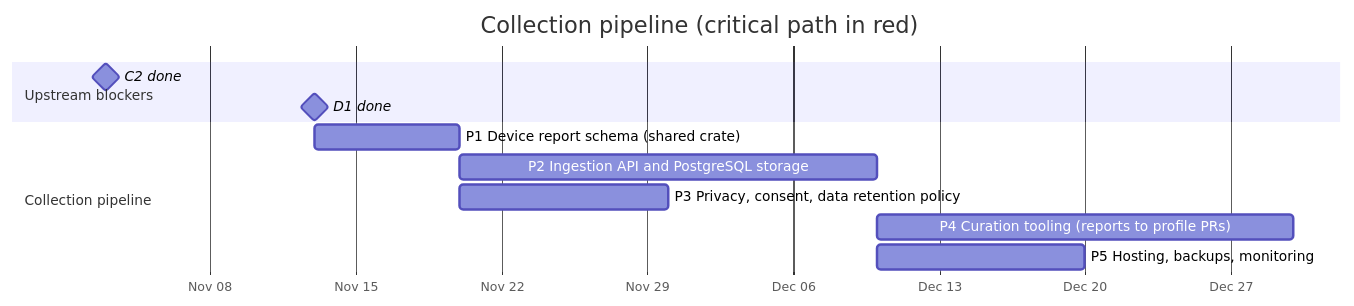
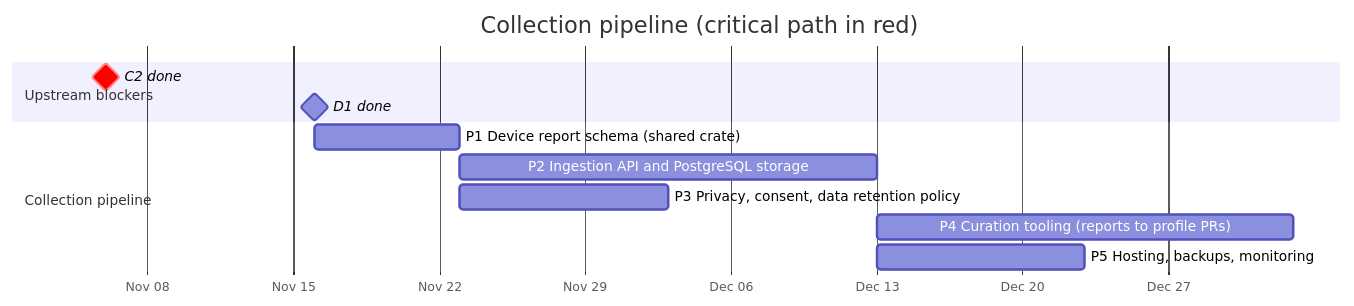
The diagram in ROADMAP/2026-10-10/03-collection-pipeline.md (anygamepad/anygamepad.github.io), drawn with Mermaid before and after one commit. The commit also changed other lines of this file and 9 other files, not shown here.

First line of the commit message:
Re-plan roadmap: web first, library via WASM, multi-provider input

````diff
--- a/ROADMAP/2026-10-10/03-collection-pipeline.md
+++ b/ROADMAP/2026-10-10/03-collection-pipeline.md
@@ -8,15 +8,15 @@
 ```mermaid
 gantt
     dateFormat YYYY-MM-DD
     axisFormat %b %d
     title Collection pipeline (critical path in red)
     section Upstream blockers
-    C2 done :milestone, c2, 2026-11-03, 0d
-    D1 done :milestone, d1, 2026-11-13, 0d
+    C2 done :milestone, crit, c2, 2026-11-06, 0d
+    D1 done :milestone, d1, 2026-11-16, 0d
     section Collection pipeline
     P1 Device report schema (shared crate) :p1, after c2 d1, 7d
     P2 Ingestion API and PostgreSQL storage :p2, after p1, 20d
     P3 Privacy, consent, data retention policy :p3, after p1, 10d
     P4 Curation tooling (reports to profile PRs) :p4, after p2 d1, 20d
     P5 Hosting, backups, monitoring :p5, after p2, 10d
 ```
````
